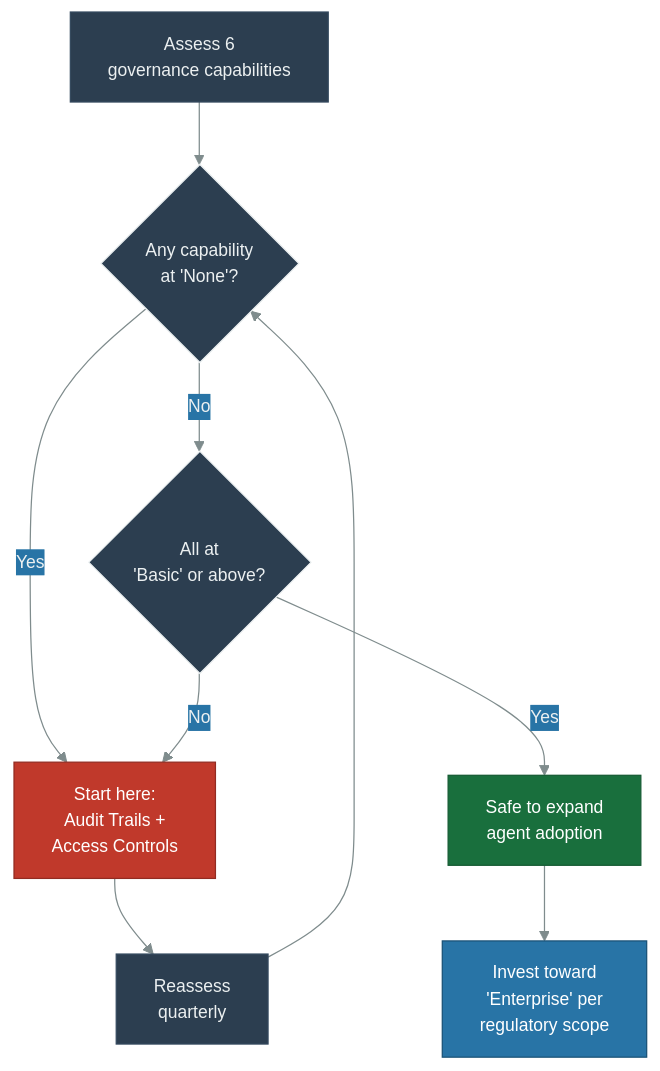
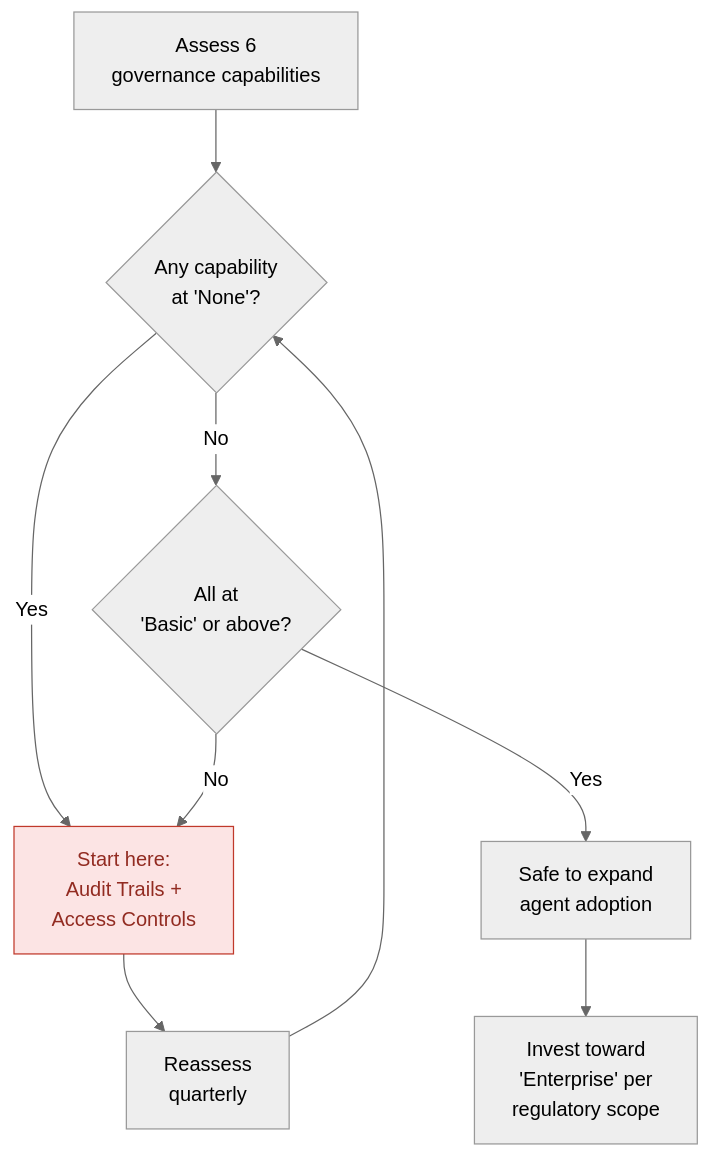
Before and after one commit to danielmeppiel/agentic-sdlc-handbook: the diagram in handbook/ch05-governance-for-ai-assisted-delivery.qmd, drawn with Mermaid. The commit also changed 15 other files, not shown here.

First line of the commit message:
fix: strip custom colors, use Mermaid neutral theme for clean diagrams

````diff
--- a/handbook/ch05-governance-for-ai-assisted-delivery.qmd
+++ b/handbook/ch05-governance-for-ai-assisted-delivery.qmd
@@ -52,22 +52,18 @@
 ```{mermaid}
 %%| fig-width: 4.5
 %%| fig-cap: "Governance capability quick-start assessment"
 %%| fig-alt: "A top-down decision flowchart for governance assessment. Starting at 'Assess 6 governance capabilities', it flows to a decision diamond: 'Any capability at None?' If Yes, go to 'Start here: Audit Trails + Access Controls' (red, indicating urgency). If No, check 'All at Basic or above?' If Yes, go to 'Safe to expand agent adoption' (green, indicating success), then to 'Invest toward Enterprise per regulatory scope' (blue). If No at the second decision, also go to the Audit Trails step. From Audit Trails, flow to 'Reassess quarterly', which loops back to the initial assessment."
 %%| label: fig-governance-assessment
-%%{init: {'theme': 'base', 'themeVariables': {'primaryColor': '#2c3e50', 'primaryTextColor': '#ecf0f1', 'primaryBorderColor': '#34495e', 'lineColor': '#7f8c8d', 'secondaryColor': '#2874a6', 'tertiaryColor': '#ecf0f1', 'fontSize': '14px'}}}%%
+%%{init: {'theme': 'neutral'}}%%
 flowchart TD
     START["Assess 6<br/>governance capabilities"] --> Q1{"Any capability<br/>at 'None'?"}
     Q1 -->|Yes| FIX["Start here:<br/>Audit Trails +<br/>Access Controls"]
     Q1 -->|No| Q2{"All at<br/>'Basic' or above?"}
     Q2 -->|Yes| EXPAND["Safe to expand<br/>agent adoption"]
     Q2 -->|No| FIX
     FIX --> REASSESS["Reassess<br/>quarterly"]
     EXPAND --> MATURE["Invest toward<br/>'Enterprise' per<br/>regulatory scope"]
     REASSESS --> Q1
 
-    style Q1 fill:#2c3e50,stroke:#ecf0f1,color:#ecf0f1
-    style Q2 fill:#2c3e50,stroke:#ecf0f1,color:#ecf0f1
-    style FIX fill:#c0392b,stroke:#922b21,color:#fff
-    style EXPAND fill:#196f3d,stroke:#145a32,color:#fff
-    style MATURE fill:#2874a6,stroke:#1a5276,color:#fff
+    style FIX fill:#fce4e4,stroke:#c0392b,color:#922b21
 ```
````
